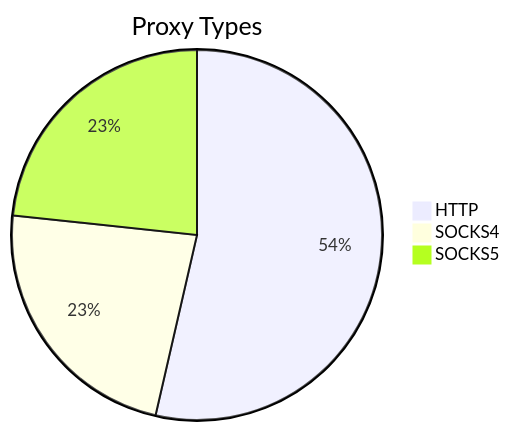
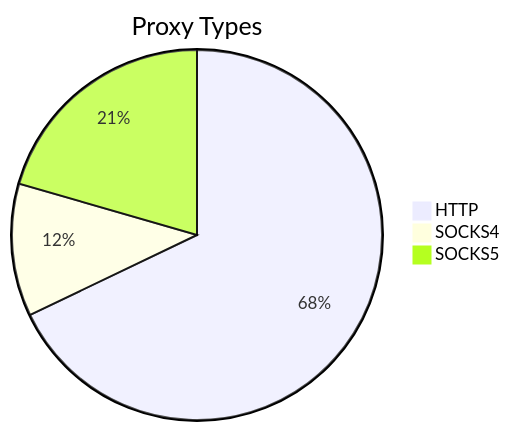
The first of 2 diagrams in README.md (stormsia/proxy-list), drawn with Mermaid before and after one commit. The commit also changed other lines of this file, not shown here.

````diff
--- a/README.md
+++ b/README.md
@@ -21,6 +21,6 @@
 ```mermaid
 pie title Proxy Types
-    "HTTP" : 246
-    "SOCKS4" : 106
-    "SOCKS5" : 107
+    "HTTP" : 258
+    "SOCKS4" : 44
+    "SOCKS5" : 78
 ```
````
